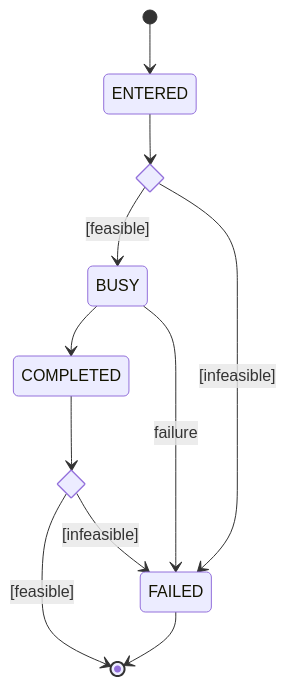
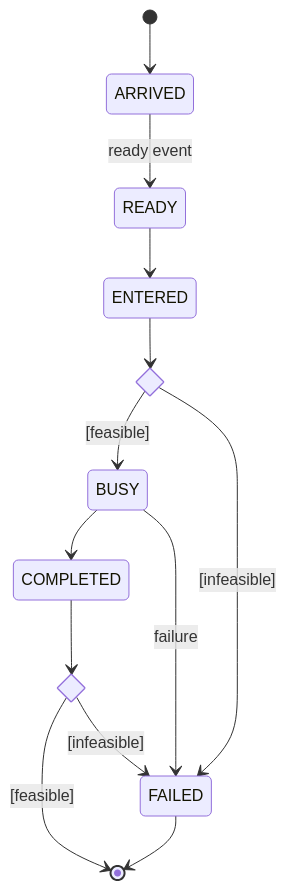
Before and after one commit to bpmn-os/bpmnos-engine: the diagram in docs/md/logic/token_flow_logic_compensation_activities.md, drawn with Mermaid. The commit also changed other lines of this file and 17 other files, not shown here.

```diff
--- a/docs/md/logic/token_flow_logic_compensation_activities.md
+++ b/docs/md/logic/token_flow_logic_compensation_activities.md
@@ -6,15 +6,17 @@
 <pre class="mermaid">
 stateDiagram-v2
     state feasibleEntry <<choice>>
     state feasibleCompletion <<choice>>
-    [*] --> ENTERED
+    [*] --> ARRIVED
+    ARRIVED --> READY: ready event
+    READY --> ENTERED
     ENTERED --> feasibleEntry
     feasibleEntry --> BUSY: [feasible]
     feasibleEntry --> FAILED: [infeasible]
     BUSY --> COMPLETED
     BUSY --> FAILED: failure
     COMPLETED --> feasibleCompletion
     feasibleCompletion --> [*]: [feasible]
     feasibleCompletion --> FAILED: [infeasible]
     FAILED --> [*]
 </pre>
```
